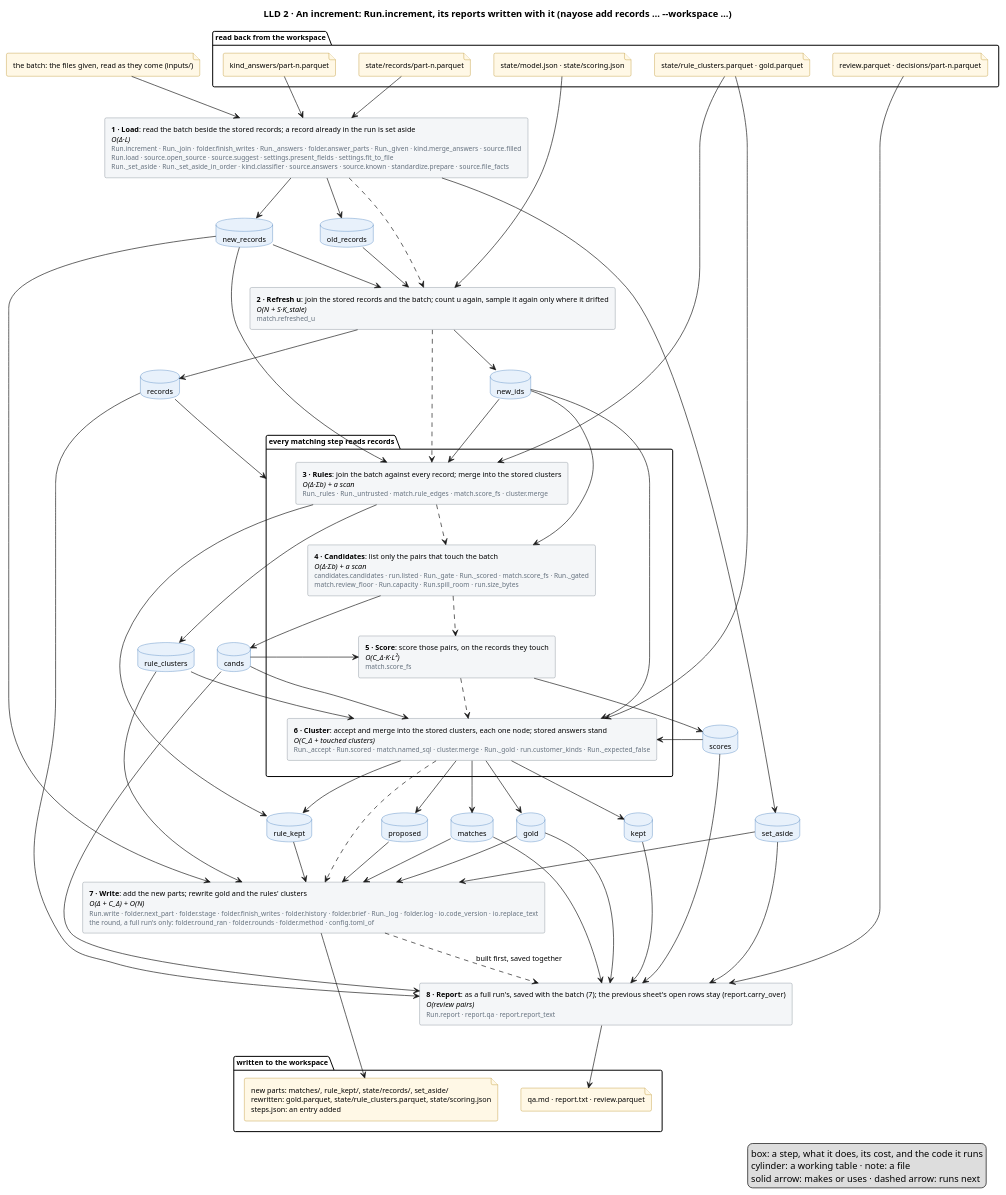
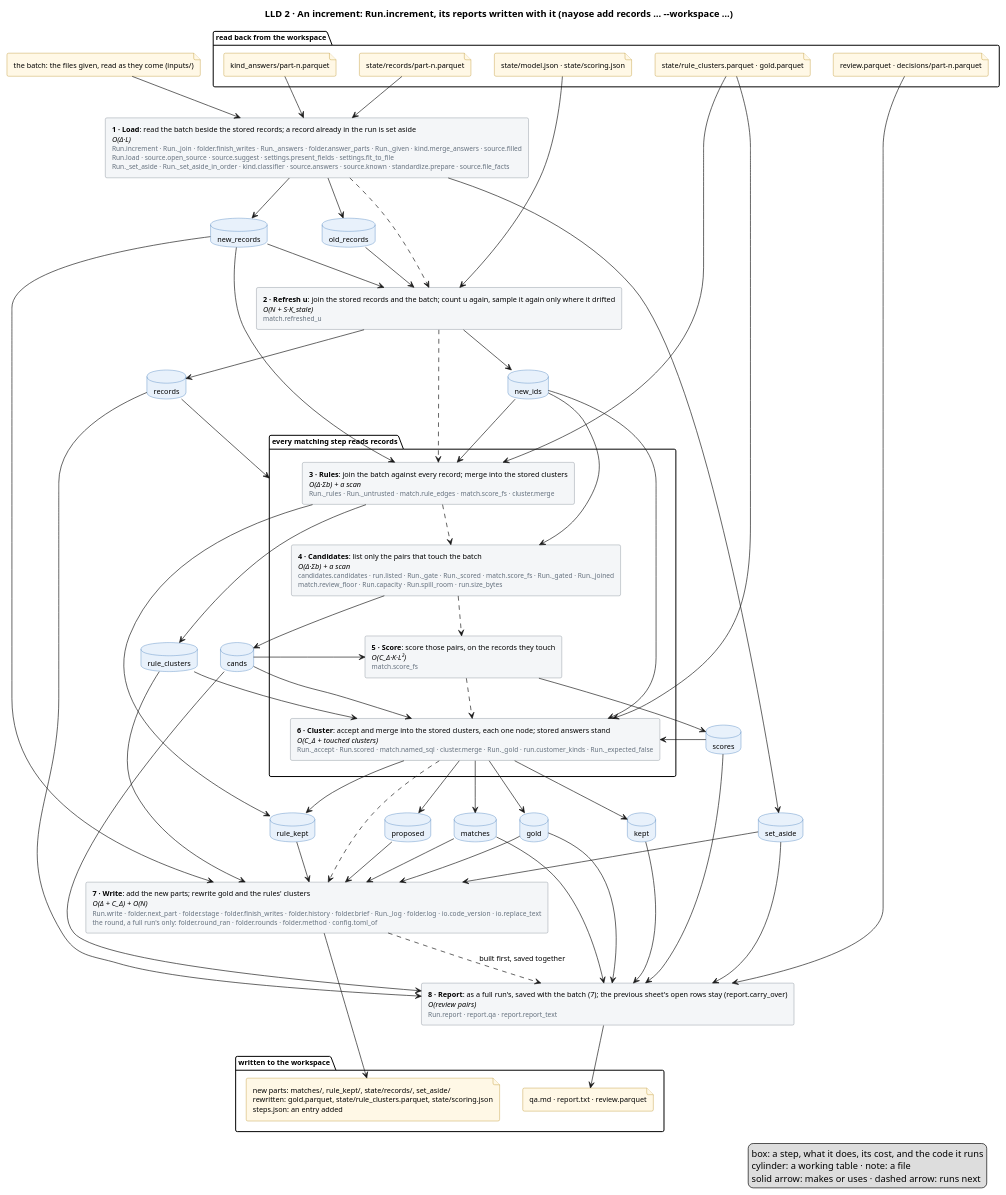
One commit to mvsbm/entity_matching changed the diagram in docs/diagrams/increment.puml. Above: the diagram before and after it, drawn with PlantUML. The commit also changed 16 other files, not shown here.

First line of the commit message:
A run's time left is only what this machine measured on this file: each long step counts its work, the others go by the last run

```diff
--- a/docs/diagrams/increment.puml
+++ b/docs/diagrams/increment.puml
@@ -1,119 +1,119 @@
 @startuml increment
 title LLD 2 · An increment: Run.increment, its reports written with it (nayose add records … ~--workspace …)
 skinparam defaultFontSize 11
 skinparam rectangle {
   BackgroundColor #F4F6F8
   BorderColor #65717E
 }
 skinparam database {
   BackgroundColor #E8F1FB
   BorderColor #2C6DB3
 }
 skinparam file {
   BackgroundColor #FFF8E6
   BorderColor #B07D00
 }
 
 package "read back from the workspace" {
   file "state/model.json · state/scoring.json" as f_model
   file "state/records/part-n.parquet" as f_records
   file "state/rule_clusters.parquet · gold.parquet" as f_clusters
   file "kind_answers/part-n.parquet" as f_answers
   file "review.parquet · decisions/part-n.parquet" as f_sheet
 }
 file "the batch: the files given, read as they come (inputs/)" as f_batch
 
 
 rectangle "<b>1 · Load</b>: read the batch beside the stored records; a record already in the run is set aside\n<i>O(Δ·L)</i>\n<size:10><color:#65717E>Run.increment · Run._join · folder.finish_writes · Run._answers · folder.answer_parts · Run._given · kind.merge_answers · source.filled</color></size>\n<size:10><color:#65717E>Run.load · source.open_source · source.suggest · settings.present_fields · settings.fit_to_file</color></size>\n<size:10><color:#65717E>Run._set_aside · Run._set_aside_in_order · kind.classifier · source.answers · source.known · standardize.prepare · source.file_facts</color></size>" as load
 rectangle "<b>2 · Refresh u</b>: join the stored records and the batch; count u again, sample it again only where it drifted\n<i>O(N + S·K_stale)</i>\n<size:10><color:#65717E>match.refreshed_u</color></size>" as fit
 package "every matching step reads records" as matching {
   rectangle "<b>3 · Rules</b>: join the batch against every record; merge into the stored clusters\n<i>O(Δ·Σb) + a scan</i>\n<size:10><color:#65717E>Run._rules · Run._untrusted · match.rule_edges · match.score_fs · cluster.merge</color></size>" as rules
-  rectangle "<b>4 · Candidates</b>: list only the pairs that touch the batch\n<i>O(Δ·Σb) + a scan</i>\n<size:10><color:#65717E>candidates.candidates · run.listed · Run._gate · Run._scored · match.score_fs · Run._gated</color></size>\n<size:10><color:#65717E>match.review_floor · Run.capacity · Run.spill_room · run.size_bytes</color></size>" as candidates
+  rectangle "<b>4 · Candidates</b>: list only the pairs that touch the batch\n<i>O(Δ·Σb) + a scan</i>\n<size:10><color:#65717E>candidates.candidates · run.listed · Run._gate · Run._scored · match.score_fs · Run._gated · Run._joined</color></size>\n<size:10><color:#65717E>match.review_floor · Run.capacity · Run.spill_room · run.size_bytes</color></size>" as candidates
   rectangle "<b>5 · Score</b>: score those pairs, on the records they touch\n<i>O(C_Δ·K·L²)</i>\n<size:10><color:#65717E>match.score_fs</color></size>" as score
   rectangle "<b>6 · Cluster</b>: accept and merge into the stored clusters, each one node; stored answers stand\n<i>O(C_Δ + touched clusters)</i>\n<size:10><color:#65717E>Run._accept · Run.scored · match.named_sql · cluster.merge · Run._gold · run.customer_kinds · Run._expected_false</color></size>" as cluster
 }
 rectangle "<b>7 · Write</b>: add the new parts; rewrite gold and the rules' clusters\n<i>O(Δ + C_Δ) + O(N)</i>\n<size:10><color:#65717E>Run.write · folder.next_part · folder.stage · folder.finish_writes · folder.history · folder.brief · Run._log · folder.log · io.code_version · io.replace_text</color></size>\n<size:10><color:#65717E>the round, a full run's only: folder.round_ran · folder.rounds · folder.method · config.toml_of</color></size>" as write
 rectangle "<b>8 · Report</b>: as a full run's, saved with the batch (7); the previous sheet's open rows stay (report.carry_over)\n<i>O(review pairs)</i>\n<size:10><color:#65717E>Run.report · report.qa · report.report_text</color></size>" as report
 database "old_records" as old_records
 database "new_records" as new_records
 database "set_aside" as set_aside
 database "records" as records
 database "new_ids" as new_ids
 database "rule_clusters" as rule_clusters
 database "rule_kept" as rule_kept
 database "cands" as cands
 database "scores" as scores
 database "matches" as matches
 database "proposed" as proposed
 database "kept" as kept
 database "gold" as gold
 
 package "written to the workspace" {
   file "new parts: matches/, rule_kept/, state/records/, set_aside/\nrewritten: gold.parquet, state/rule_clusters.parquet, state/scoring.json\nsteps.json: an entry added" as f_out
   file "qa.md · report.txt · review.parquet" as f_people
 }
 
 f_batch --> load
 f_records --> load
 f_answers --> load
 f_model --> fit
 f_clusters --> rules
 f_clusters --> cluster
 f_sheet --> report
 
 load ..> fit
 fit ..> rules
 rules ..> candidates
 candidates ..> score
 score ..> cluster
 cluster ..> write
 write ..> report : built first, saved together
 
 load --> old_records
 load --> new_records
 load --> set_aside
 old_records --> fit
 new_records --> fit
 fit --> records
 fit --> new_ids
 records --> matching
 new_records --> rules
 new_ids --> rules
 rules --> rule_clusters
 rules --> rule_kept
 new_ids --> candidates
 candidates --> cands
 cands --> score
 score --> scores
 new_ids --> cluster
 rule_clusters --> cluster
 cands --> cluster
 scores --> cluster
 cluster --> matches
 cluster --> proposed
 cluster --> kept
 cluster --> rule_kept
 kept --> report
 proposed --> write
 cluster --> gold
 new_records --> write
 rule_clusters --> write
 rule_kept --> write
 matches --> write
 gold --> write
 set_aside --> write
 records --> report
 cands --> report
 scores --> report
 matches --> report
 gold --> report
 set_aside --> report
 
 write --> f_out
 report --> f_people
 legend right
   box: a step, what it does, its cost, and the code it runs
   cylinder: a working table · note: a file
   solid arrow: makes or uses · dashed arrow: runs next
 endlegend
 @enduml
```
